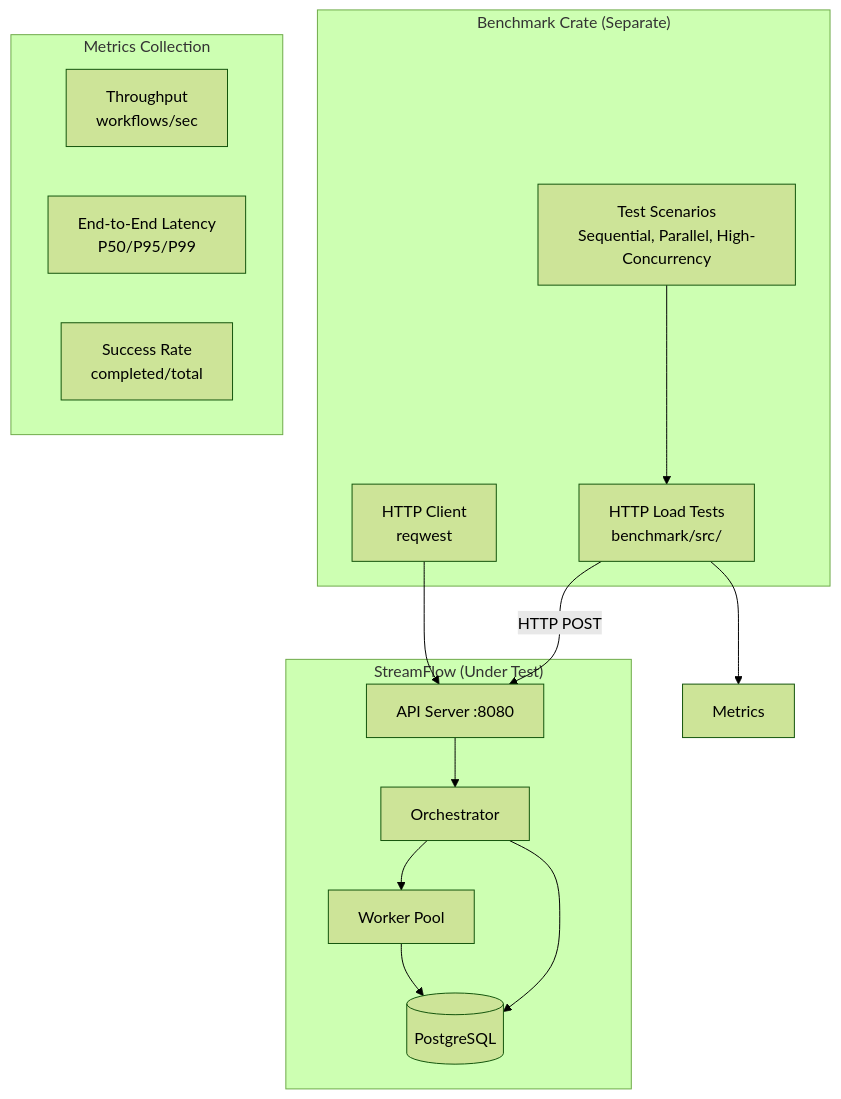
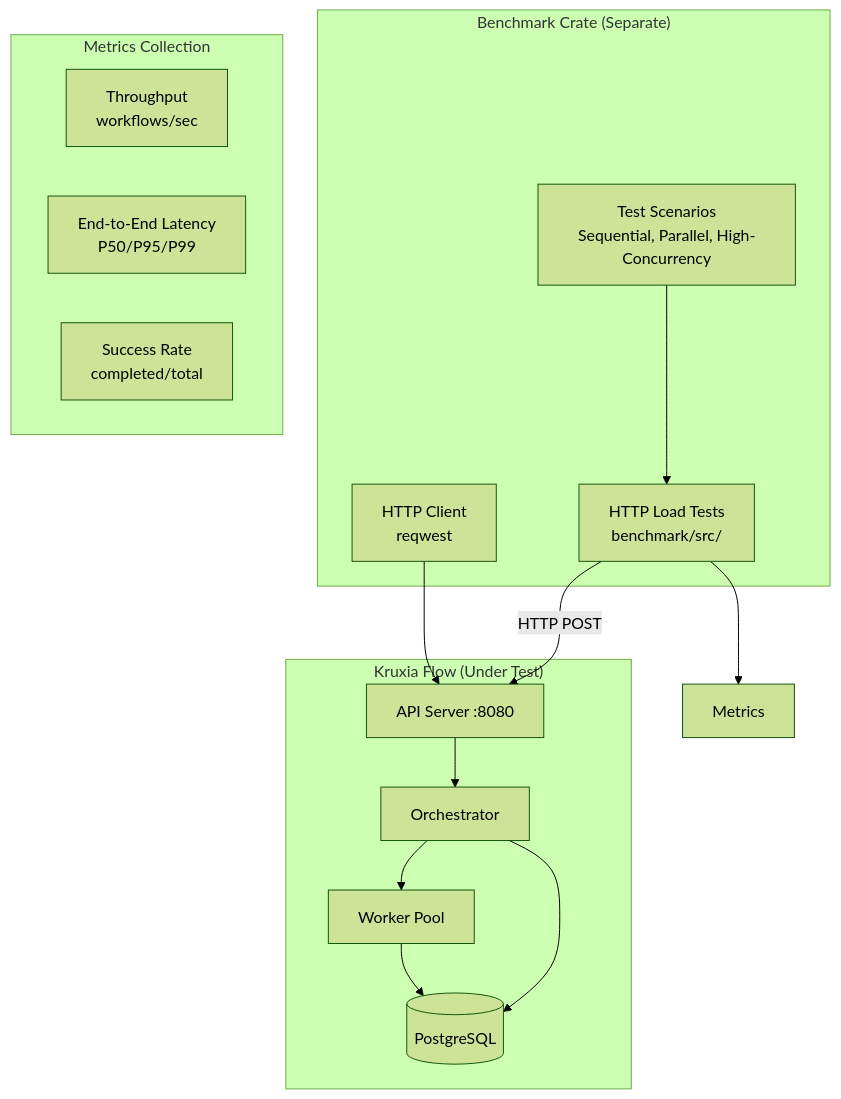
One commit to kruxia/kruxiaflow changed the diagram in docs/performance/reports/2025-11-08-12-58-00.md. Above: the diagram before and after it, drawn with Mermaid (forest theme). The commit also changed other lines of this file and 239 other files, not shown here.

Commit message:
Rename StreamFlow => Kruxia Flow

````diff
--- a/docs/performance/reports/2025-11-08-12-58-00.md
+++ b/docs/performance/reports/2025-11-08-12-58-00.md
@@ -11,31 +11,31 @@
 ```mermaid
 flowchart TB
     subgraph "Benchmark Crate (Separate)"
         LoadTests[HTTP Load Tests<br/>benchmark/src/]
         Scenarios[Test Scenarios<br/>Sequential, Parallel, High-Concurrency]
         HttpClient[HTTP Client<br/>reqwest]
     end
 
-    subgraph "StreamFlow (Under Test)"
+    subgraph "Kruxia Flow (Under Test)"
         API[API Server :8080]
         Orch[Orchestrator]
         Worker[Worker Pool]
         DB[(PostgreSQL)]
     end
 
     subgraph "Metrics Collection"
         Throughput[Throughput<br/>workflows/sec]
         Latency[End-to-End Latency<br/>P50/P95/P99]
         Success[Success Rate<br/>completed/total]
     end
 
     LoadTests -->|HTTP POST| API
     Scenarios --> LoadTests
     HttpClient --> API
     API --> Orch
     Orch --> Worker
     Orch --> DB
     Worker --> DB
 
     LoadTests --> Metrics
 ```
````
